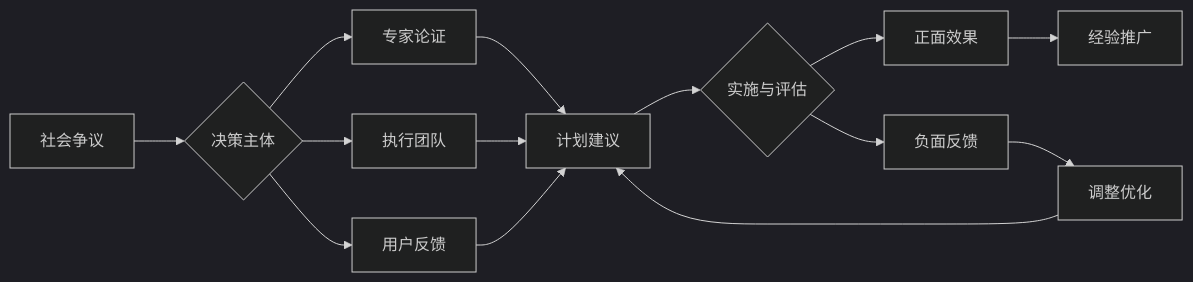
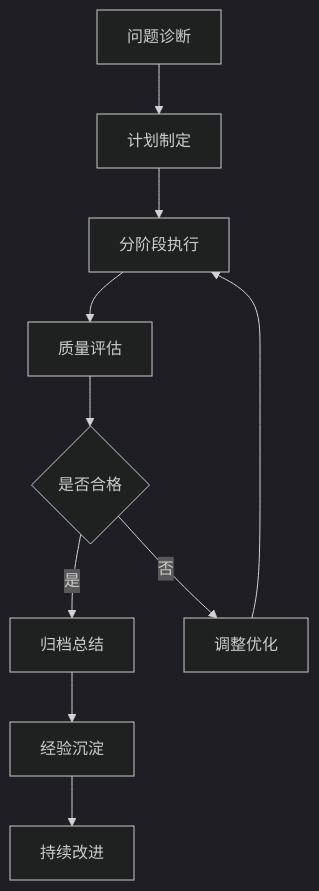
One commit to AdaMartin18010/SeniorEnducation changed the diagram in 严谨执行计划.md. Above: the diagram before and after it, drawn with Mermaid (dark theme). The commit also changed other lines of this file and 18 other files, not shown here.

````diff
--- a/严谨执行计划.md
+++ b/严谨执行计划.md
@@ -275,16 +261,12 @@
 ```mermaid
-graph LR
-    A[社会争议] --> B{决策主体}
-    B --> C[专家论证]
-    B --> D[执行团队]
-    B --> E[用户反馈]
-    C --> F[计划建议]
-    D --> F
-    E --> F
-    F --> G{实施与评估}
-    G --> H[正面效果]
-    G --> I[负面反馈]
-    I --> J[调整优化]
-    H --> K[经验推广]
-    J --> F
+flowchart TD
+    A[问题诊断] --> B[计划制定]
+    B --> C[分阶段执行]
+    C --> D[质量评估]
+    D --> E{是否合格}
+    E -->|是| F[归档总结]
+    E -->|否| G[调整优化]
+    G --> C
+    F --> H[经验沉淀]
+    H --> I[持续改进]
 ```
````
